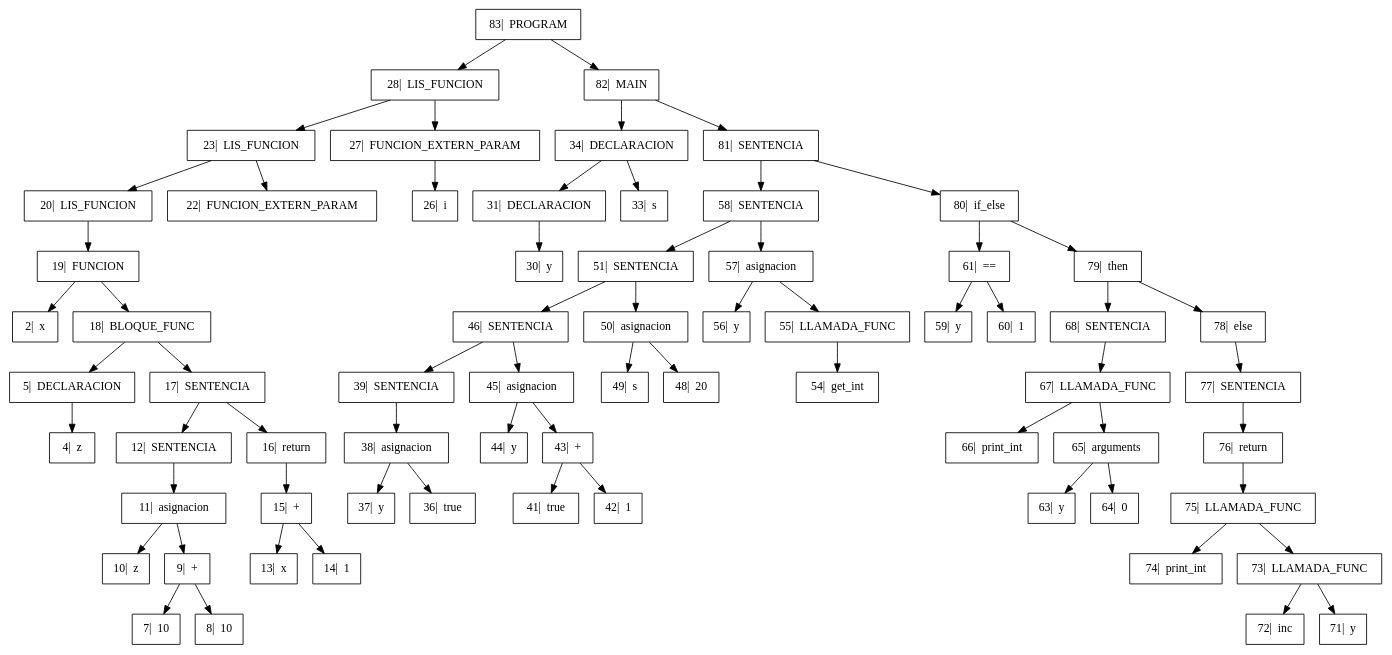
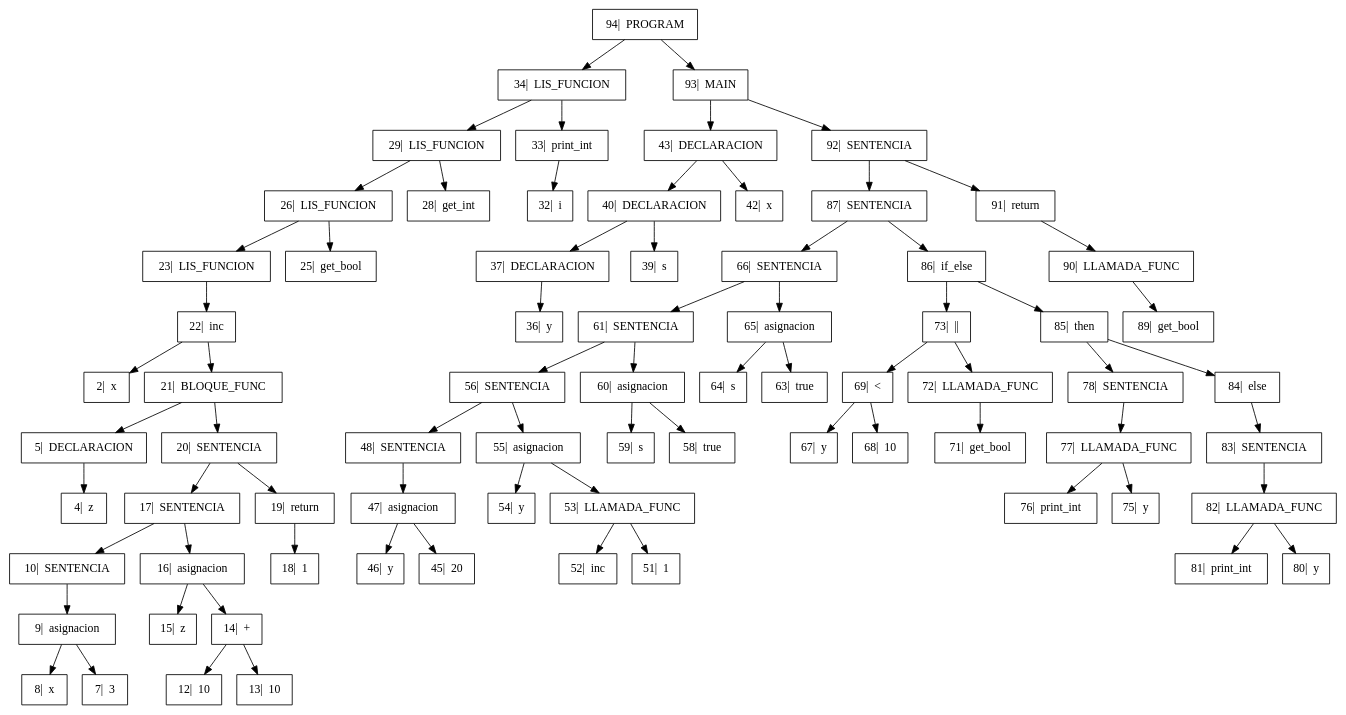
Before and after one commit to GiovA07/PRE-PROYECTO-COMPILADORES: the diagram in Proyecto/output/Arbol.dot, drawn with Graphviz. The commit also changed 10 other files, not shown here.

```diff
--- a/Proyecto/output/Arbol.dot
+++ b/Proyecto/output/Arbol.dot
@@ -1,45 +1,49 @@
 digraph{
 
 rankdir=TB;
 
 node[shape=box];
-"83|  PROGRAM" -> "28|  LIS_FUNCION", "82|  MAIN";
-"28|  LIS_FUNCION" -> "23|  LIS_FUNCION", "27|  FUNCION_EXTERN_PARAM";
-"23|  LIS_FUNCION" -> "20|  LIS_FUNCION", "22|  FUNCION_EXTERN_PARAM";
-"20|  LIS_FUNCION" -> "19|  FUNCION" ;
-"19|  FUNCION" -> "2|  x", "18|  BLOQUE_FUNC";
-"18|  BLOQUE_FUNC" -> "5|  DECLARACION", "17|  SENTENCIA";
+"94|  PROGRAM" -> "34|  LIS_FUNCION", "93|  MAIN";
+"34|  LIS_FUNCION" -> "29|  LIS_FUNCION", "33|  print_int";
+"29|  LIS_FUNCION" -> "26|  LIS_FUNCION", "28|  get_int";
+"26|  LIS_FUNCION" -> "23|  LIS_FUNCION", "25|  get_bool";
+"23|  LIS_FUNCION" -> "22|  inc" ;
+"22|  inc" -> "2|  x", "21|  BLOQUE_FUNC";
+"21|  BLOQUE_FUNC" -> "5|  DECLARACION", "20|  SENTENCIA";
 "5|  DECLARACION" -> "4|  z" ;
-"17|  SENTENCIA" -> "12|  SENTENCIA", "16|  return";
-"12|  SENTENCIA" -> "11|  asignacion" ;
-"11|  asignacion" -> "10|  z", "9|  +";
-"9|  +" -> "7|  10", "8|  10";
-"16|  return" -> "15|  +" ;
-"15|  +" -> "13|  x", "14|  1";
-"27|  FUNCION_EXTERN_PARAM" -> "26|  i" ;
-"82|  MAIN" -> "34|  DECLARACION", "81|  SENTENCIA";
-"34|  DECLARACION" -> "31|  DECLARACION", "33|  s";
-"31|  DECLARACION" -> "30|  y" ;
-"81|  SENTENCIA" -> "58|  SENTENCIA", "80|  if_else";
-"58|  SENTENCIA" -> "51|  SENTENCIA", "57|  asignacion";
-"51|  SENTENCIA" -> "46|  SENTENCIA", "50|  asignacion";
-"46|  SENTENCIA" -> "39|  SENTENCIA", "45|  asignacion";
-"39|  SENTENCIA" -> "38|  asignacion" ;
-"38|  asignacion" -> "37|  y", "36|  true";
-"45|  asignacion" -> "44|  y", "43|  +";
-"43|  +" -> "41|  true", "42|  1";
-"50|  asignacion" -> "49|  s", "48|  20";
-"57|  asignacion" -> "56|  y", "55|  LLAMADA_FUNC";
-"55|  LLAMADA_FUNC" -> "54|  get_int" ;
-"80|  if_else" -> "61|  ==", "79|  then";
-"61|  ==" -> "59|  y", "60|  1";
-"79|  then" -> "68|  SENTENCIA", "78|  else";
-"68|  SENTENCIA" -> "67|  LLAMADA_FUNC" ;
-"67|  LLAMADA_FUNC" -> "66|  print_int", "65|  arguments";
-"65|  arguments" -> "63|  y", "64|  0";
-"78|  else" -> "77|  SENTENCIA" ;
-"77|  SENTENCIA" -> "76|  return" ;
-"76|  return" -> "75|  LLAMADA_FUNC" ;
-"75|  LLAMADA_FUNC" -> "74|  print_int", "73|  LLAMADA_FUNC";
-"73|  LLAMADA_FUNC" -> "72|  inc", "71|  y";
+"20|  SENTENCIA" -> "17|  SENTENCIA", "19|  return";
+"17|  SENTENCIA" -> "10|  SENTENCIA", "16|  asignacion";
+"10|  SENTENCIA" -> "9|  asignacion" ;
+"9|  asignacion" -> "8|  x", "7|  3";
+"16|  asignacion" -> "15|  z", "14|  +";
+"14|  +" -> "12|  10", "13|  10";
+"19|  return" -> "18|  1" ;
+"33|  print_int" -> "32|  i" ;
+"93|  MAIN" -> "43|  DECLARACION", "92|  SENTENCIA";
+"43|  DECLARACION" -> "40|  DECLARACION", "42|  x";
+"40|  DECLARACION" -> "37|  DECLARACION", "39|  s";
+"37|  DECLARACION" -> "36|  y" ;
+"92|  SENTENCIA" -> "87|  SENTENCIA", "91|  return";
+"87|  SENTENCIA" -> "66|  SENTENCIA", "86|  if_else";
+"66|  SENTENCIA" -> "61|  SENTENCIA", "65|  asignacion";
+"61|  SENTENCIA" -> "56|  SENTENCIA", "60|  asignacion";
+"56|  SENTENCIA" -> "48|  SENTENCIA", "55|  asignacion";
+"48|  SENTENCIA" -> "47|  asignacion" ;
+"47|  asignacion" -> "46|  y", "45|  20";
+"55|  asignacion" -> "54|  y", "53|  LLAMADA_FUNC";
+"53|  LLAMADA_FUNC" -> "52|  inc", "51|  1";
+"60|  asignacion" -> "59|  s", "58|  true";
+"65|  asignacion" -> "64|  s", "63|  true";
+"86|  if_else" -> "73|  ||", "85|  then";
+"73|  ||" -> "69|  <", "72|  LLAMADA_FUNC";
+"69|  <" -> "67|  y", "68|  10";
+"72|  LLAMADA_FUNC" -> "71|  get_bool" ;
+"85|  then" -> "78|  SENTENCIA", "84|  else";
+"78|  SENTENCIA" -> "77|  LLAMADA_FUNC" ;
+"77|  LLAMADA_FUNC" -> "76|  print_int", "75|  y";
+"84|  else" -> "83|  SENTENCIA" ;
+"83|  SENTENCIA" -> "82|  LLAMADA_FUNC" ;
+"82|  LLAMADA_FUNC" -> "81|  print_int", "80|  y";
+"91|  return" -> "90|  LLAMADA_FUNC" ;
+"90|  LLAMADA_FUNC" -> "89|  get_bool" ;
 }
```
